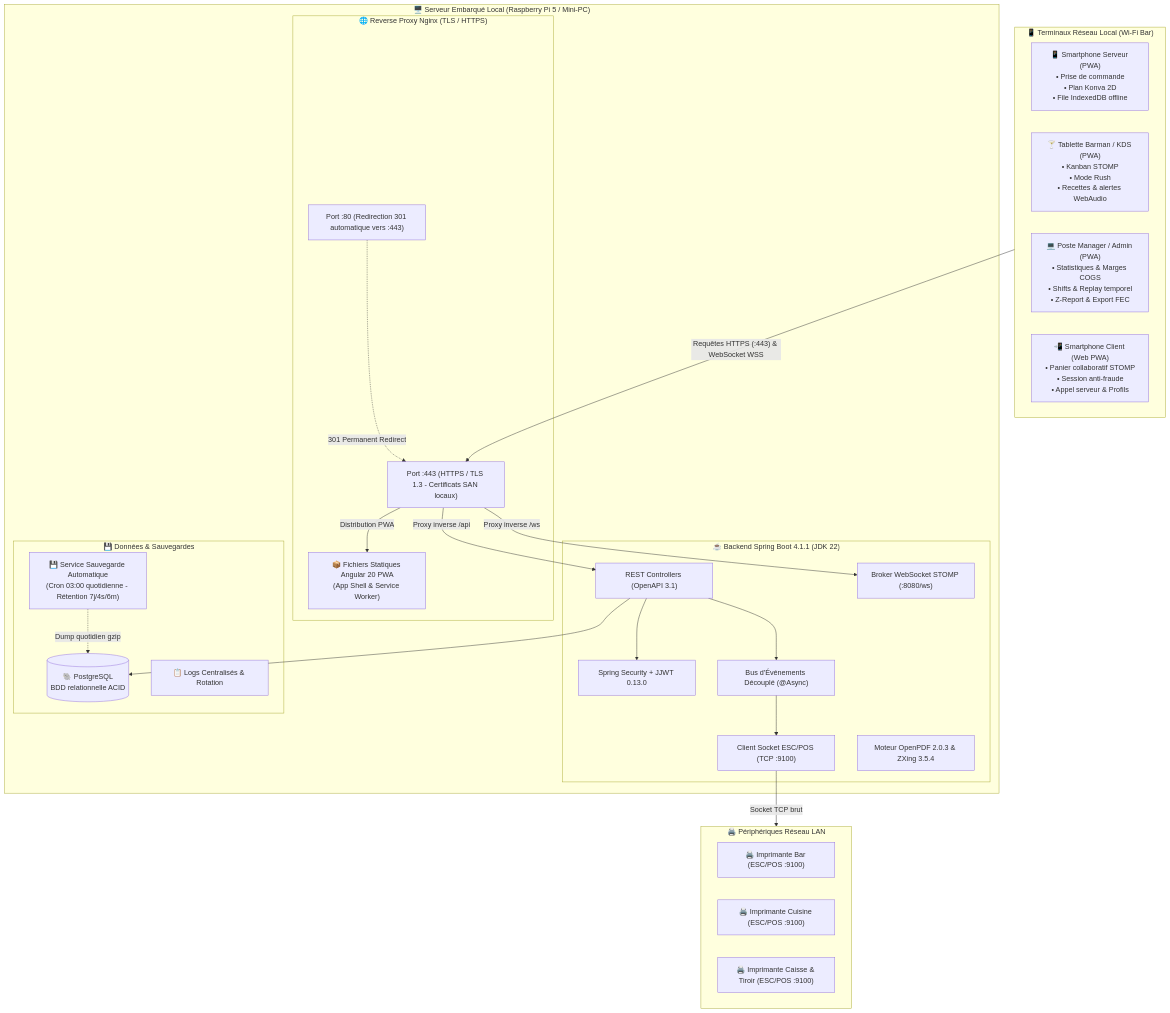
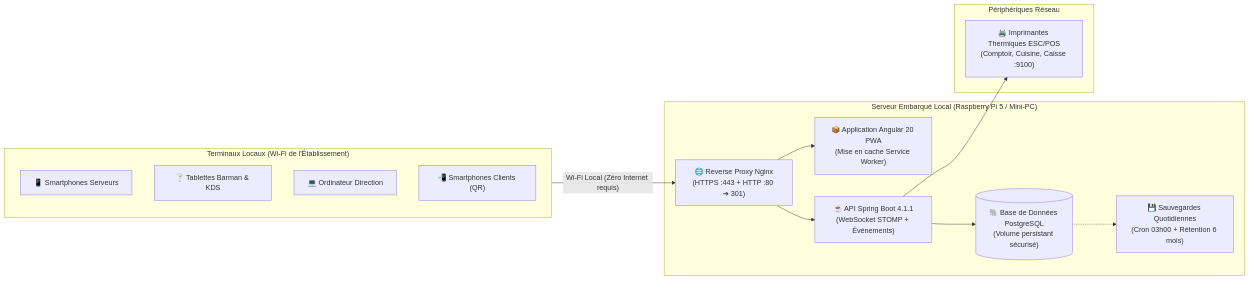
One commit to FunWarry/Open-Bar changed the diagram in README.md. Above: the diagram before and after it, drawn with Mermaid. The commit also changed other lines of this file and 1 other file, not shown here.

Commit message:
docs(#417): showcase README redesign and dedicated technical architecture guide

````diff
--- a/README.md
+++ b/README.md
@@ -146,52 +180,28 @@
 ```mermaid
-flowchart TB
-    subgraph ClientsLAN ["📱 Terminaux Réseau Local (Wi-Fi Bar)"]
-        Serveur["📱 Smartphone Serveur (PWA)\n• Prise de commande\n• Plan Konva 2D\n• File IndexedDB offline"]
-        Barman["🍸 Tablette Barman / KDS (PWA)\n• Kanban STOMP\n• Mode Rush\n• Recettes & alertes WebAudio"]
-        Manager["💻 Poste Manager / Admin (PWA)\n• Statistiques & Marges COGS\n• Shifts & Replay temporel\n• Z-Report & Export FEC"]
-        ClientQR["📲 Smartphone Client (Web PWA)\n• Panier collaboratif STOMP\n• Session anti-fraude\n• Appel serveur & Profils"]
+flowchart LR
+    subgraph Clients ["Terminaux Locaux (Wi-Fi de l'Établissement)"]
+        T1["📱 Smartphones Serveurs"]
+        T2["🍸 Tablettes Barman & KDS"]
+        T3["💻 Ordinateur Direction"]
+        T4["📲 Smartphones Clients (QR)"]
     end
 
-    subgraph HostServeur ["🖥️ Serveur Embarqué Local (Raspberry Pi 5 / Mini-PC)"]
-        subgraph NginxProxy ["🌐 Reverse Proxy Nginx (TLS / HTTPS)"]
-            Port443["Port :443 (HTTPS / TLS 1.3 - Certificats SAN locaux)"]
-            Port80["Port :80 (Redirection 301 automatique vers :443)"]
-            StaticApp["📦 Fichiers Statiques Angular 20 PWA\n(App Shell & Service Worker)"]
-        end
-
-        subgraph BackendApp ["☕ Backend Spring Boot 4.1.1 (JDK 22)"]
-            Controllers["REST Controllers (OpenAPI 3.1)"]
-            SecurityModule["Spring Security + JJWT 0.13.0"]
-            StompBroker["Broker WebSocket STOMP (:8080/ws)"]
-            EventBus["Bus d'Événements Découplé (@Async)"]
-            EscPosClient["Client Socket ESC/POS (TCP :9100)"]
-            PdfEngine["Moteur OpenPDF 2.0.3 & ZXing 3.5.4"]
-        end
-
-        subgraph StorageLayer ["💾 Données & Sauvegardes"]
-            PostgreSQL[("🐘 PostgreSQL\nBDD relationnelle ACID")]
-            BackupService["💾 Service Sauvegarde Automatique\n(Cron 03:00 quotidienne - Rétention 7j/4s/6m)"]
-            VolumeLogs["📋 Logs Centralisés & Rotation"]
-        end
+    subgraph ServeurLocal ["Serveur Embarqué Local (Raspberry Pi 5 / Mini-PC)"]
+        Nginx["🌐 Reverse Proxy Nginx\n(HTTPS :443 + HTTP :80 ➔ 301)"]
+        PWA["📦 Application Angular 20 PWA\n(Mise en cache Service Worker)"]
+        Backend["☕ API Spring Boot 4.1.1\n(WebSocket STOMP + Événements)"]
+        Postgres[("🐘 Base de Données PostgreSQL\n(Volume persistant sécurisé)")]
+        Backup["💾 Sauvegardes Quotidiennes\n(Cron 03h00 + Rétention 6 mois)"]
     end
 
-    subgraph HardwarePeripherals ["🖨️ Périphériques Réseau LAN"]
-        BarPrinter["🖨️ Imprimante Bar (ESC/POS :9100)"]
-        KitchenPrinter["🖨️ Imprimante Cuisine (ESC/POS :9100)"]
-        CashDeskPrinter["🖨️ Imprimante Caisse & Tiroir (ESC/POS :9100)"]
+    subgraph Peripheriques ["Périphériques Réseau"]
+        Printers["🖨️ Imprimantes Thermiques ESC/POS\n(Comptoir, Cuisine, Caisse :9100)"]
     end
 
-    ClientsLAN -->|"Requêtes HTTPS (:443) & WebSocket WSS"| Port443
-    Port80 -.->|"301 Permanent Redirect"| Port443
-    Port443 -->|"Distribution PWA"| StaticApp
-    Port443 -->|"Proxy inverse /api"| Controllers
-    Port443 -->|"Proxy inverse /ws"| StompBroker
-    
-    Controllers --> SecurityModule
-    Controllers --> EventBus
-    EventBus --> EscPosClient
-    Controllers --> PostgreSQL
-    
-    BackupService -.->|"Dump quotidien gzip"| PostgreSQL
-    EscPosClient -->|"Socket TCP brut"| HardwarePeripherals
+    Clients -->|"Wi-Fi Local (Zéro Internet requis)"| Nginx
+    Nginx --> PWA
+    Nginx --> Backend
+    Backend --> Postgres
+    Backend --> Printers
+    Postgres -.-> Backup
 ```
````
